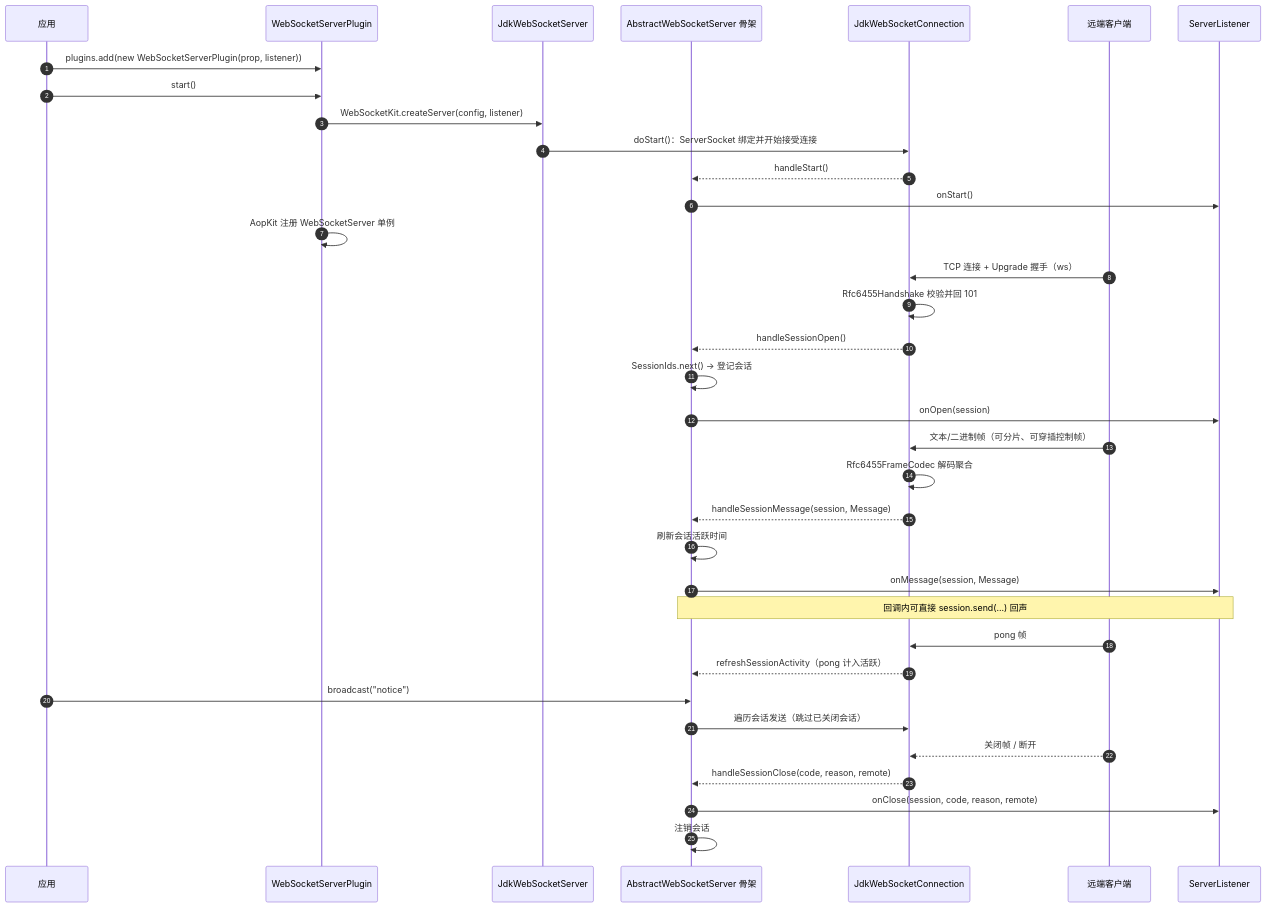
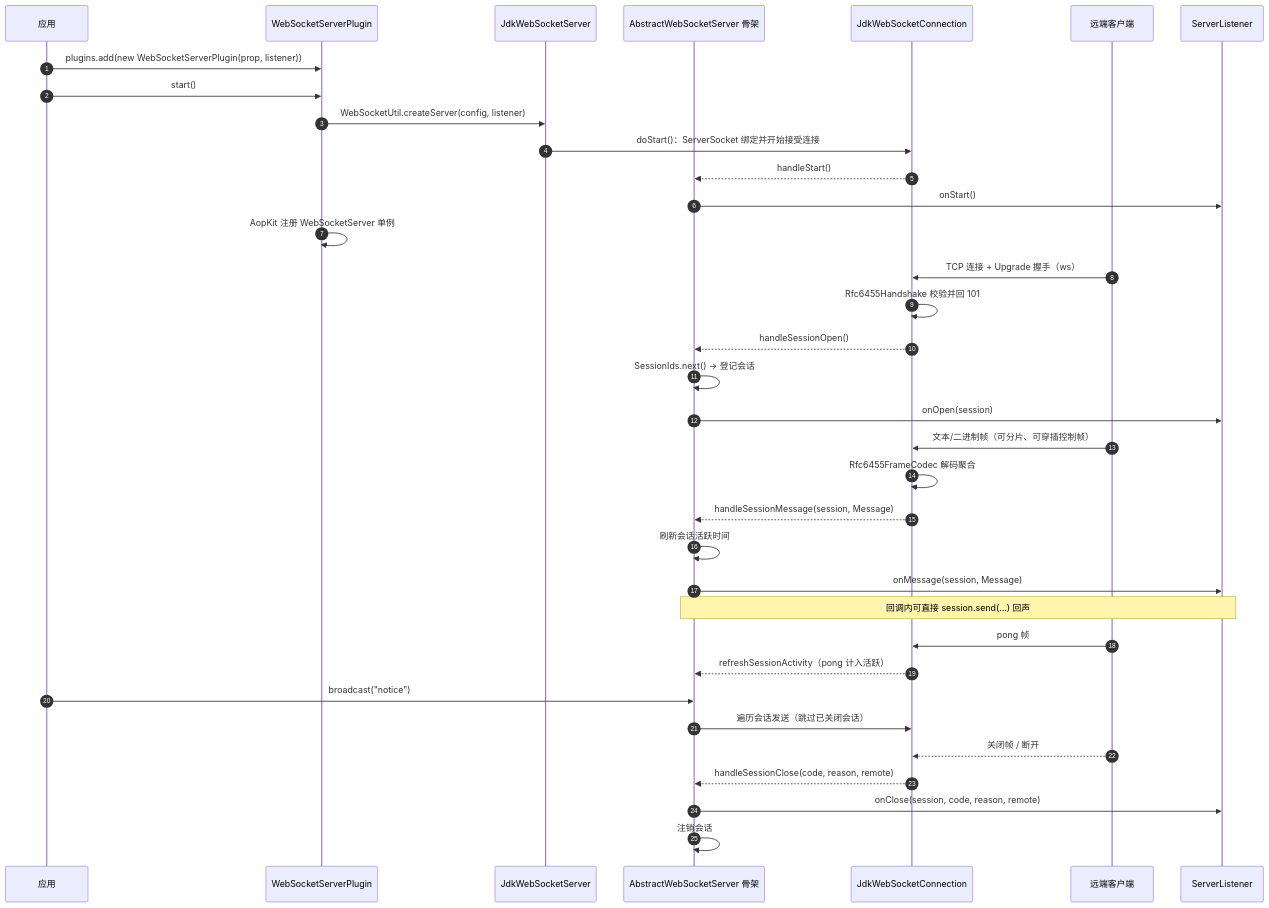
One commit to gollyhu/aifei-eco-modules changed the fourth of 5 diagrams in aifei-websocket/docs/design.md. Above: the diagram before and after it, drawn with Mermaid. The commit also changed other lines of this file and 87 other files, not shown here.

Commit message:
aifei-cache 将 CacheUtil/CounterUtil 门面更名为 CacheKit/CounterKit，同步设计文档与相关注释

````diff
--- a/aifei-websocket/docs/design.md
+++ b/aifei-websocket/docs/design.md
@@ -1117,43 +1117,43 @@
 ```mermaid
 sequenceDiagram
     autonumber
     participant App as 应用
     participant S as WebSocketServerPlugin
     participant Srv as JdkWebSocketServer
     participant A as AbstractWebSocketServer 骨架
     participant T as JdkWebSocketConnection
     participant Cli as 远端客户端
     participant L as ServerListener
 
     App->>S: plugins.add(new WebSocketServerPlugin(prop, listener))
     App->>S: start()
-    S->>Srv: WebSocketKit.createServer(config, listener)
+    S->>Srv: WebSocketUtil.createServer(config, listener)
     Srv->>T: doStart()：ServerSocket 绑定并开始接受连接
     T-->>A: handleStart()
     A->>L: onStart()
     S->>S: AopKit 注册 WebSocketServer 单例
 
     Cli->>T: TCP 连接 + Upgrade 握手（ws）
     T->>T: Rfc6455Handshake 校验并回 101
     T-->>A: handleSessionOpen()
     A->>A: SessionIds.next() -> 登记会话
     A->>L: onOpen(session)
 
     Cli->>T: 文本/二进制帧（可分片、可穿插控制帧）
     T->>T: Rfc6455FrameCodec 解码聚合
     T-->>A: handleSessionMessage(session, Message)
     A->>A: 刷新会话活跃时间
     A->>L: onMessage(session, Message)
     Note over L,A: 回调内可直接 session.send(...) 回声
 
     Cli->>T: pong 帧
     T-->>A: refreshSessionActivity（pong 计入活跃）
 
     App->>A: broadcast("notice")
     A->>T: 遍历会话发送（跳过已关闭会话）
 
     Cli-->>T: 关闭帧 / 断开
     T-->>A: handleSessionClose(code, reason, remote)
     A->>L: onClose(session, code, reason, remote)
     A->>A: 注销会话
 ```
````
